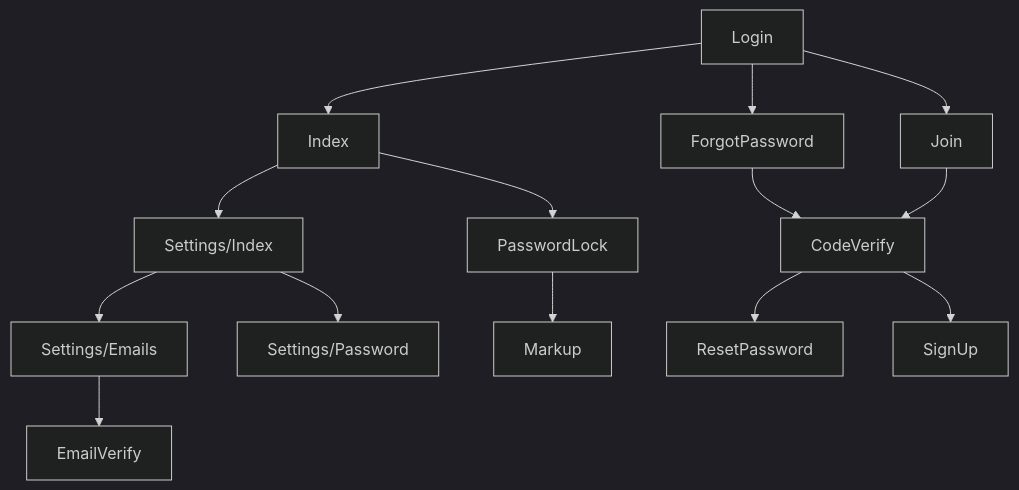
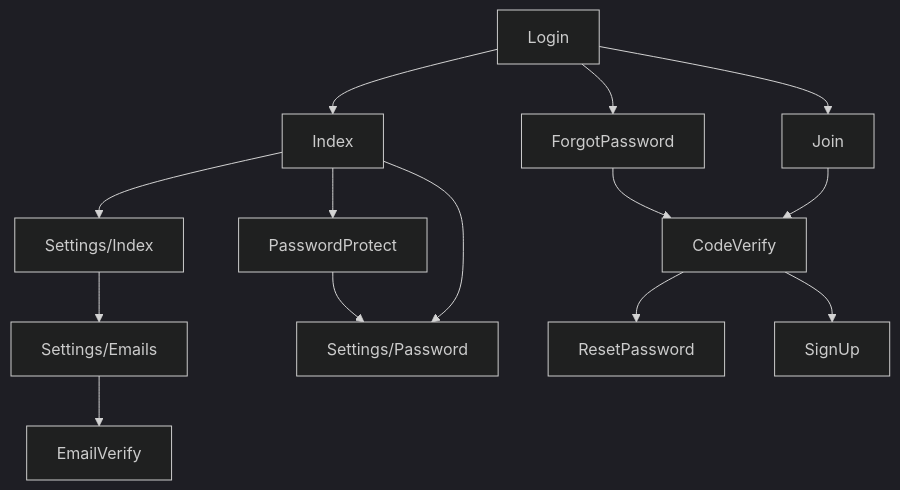
Before and after one commit to apple-x-co/bear-app: the diagram in README.md, drawn with Mermaid (dark theme). The commit also changed 2 other files, not shown here.

Commit message:
fix: `AdminPasswordProtector` のクエリパラメータ連結バグを修正し `Password` ページに保護アノテーションを追加 main

````diff
--- a/README.md
+++ b/README.md
@@ -36,16 +36,16 @@
 ```mermaid
 graph TD;
-  Login-->Index;
-  Index-->Settings/Index;
-  Settings/Index-->Settings/Emails;
-  Settings/Emails-->EmailVerify;
-  Settings/Index-->Settings/Password;
-  Login-->ForgotPassword;
-  ForgotPassword-->CodeVerify;
-  CodeVerify-->ResetPassword;
-  Login-->Join;
-  Join-->CodeVerify;
-  CodeVerify-->SignUp;
-  Index-->PasswordLock;
-  PasswordLock-->Markup;
+    Login --> Index;
+    Index --> Settings/Index;
+    Settings/Index --> Settings/Emails;
+    Settings/Emails --> EmailVerify;
+    Login --> ForgotPassword;
+    ForgotPassword --> CodeVerify;
+    CodeVerify --> ResetPassword;
+    Login --> Join;
+    Join --> CodeVerify;
+    CodeVerify --> SignUp;
+    Index --> PasswordProtect;
+    Index --> Settings/Password;
+    PasswordProtect --> Settings/Password;
 ```
````
